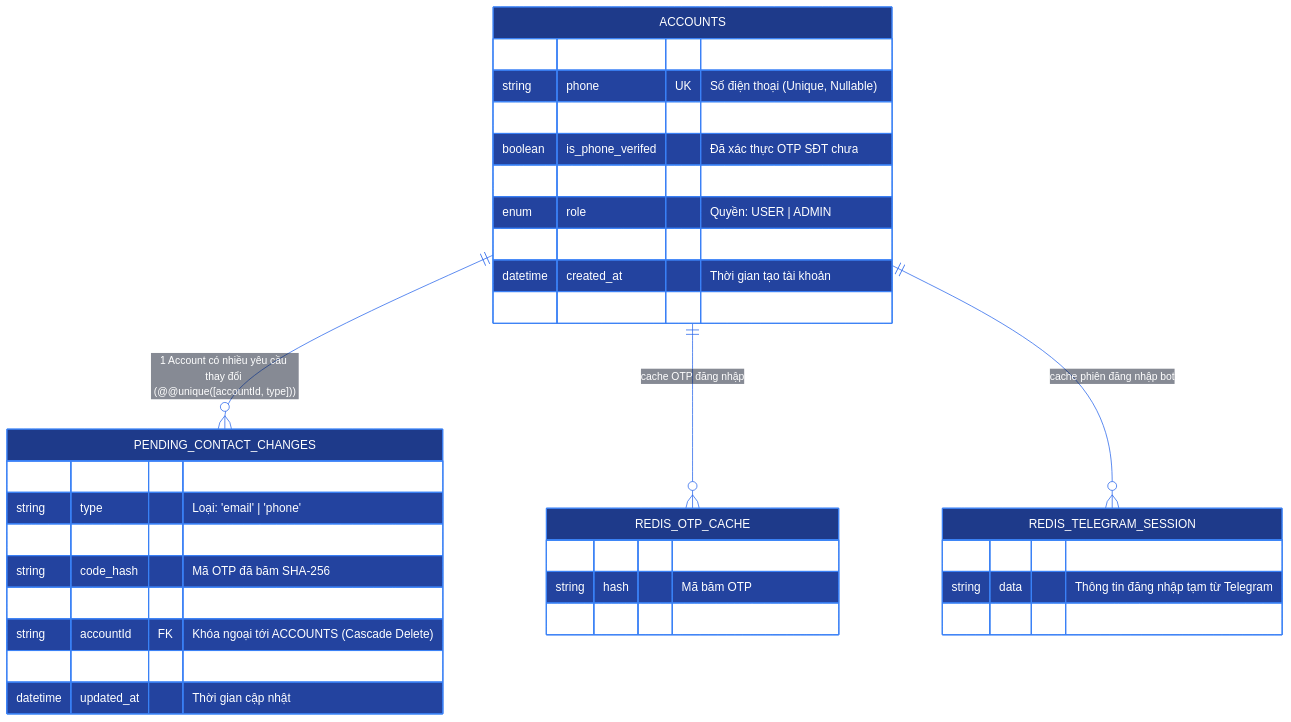
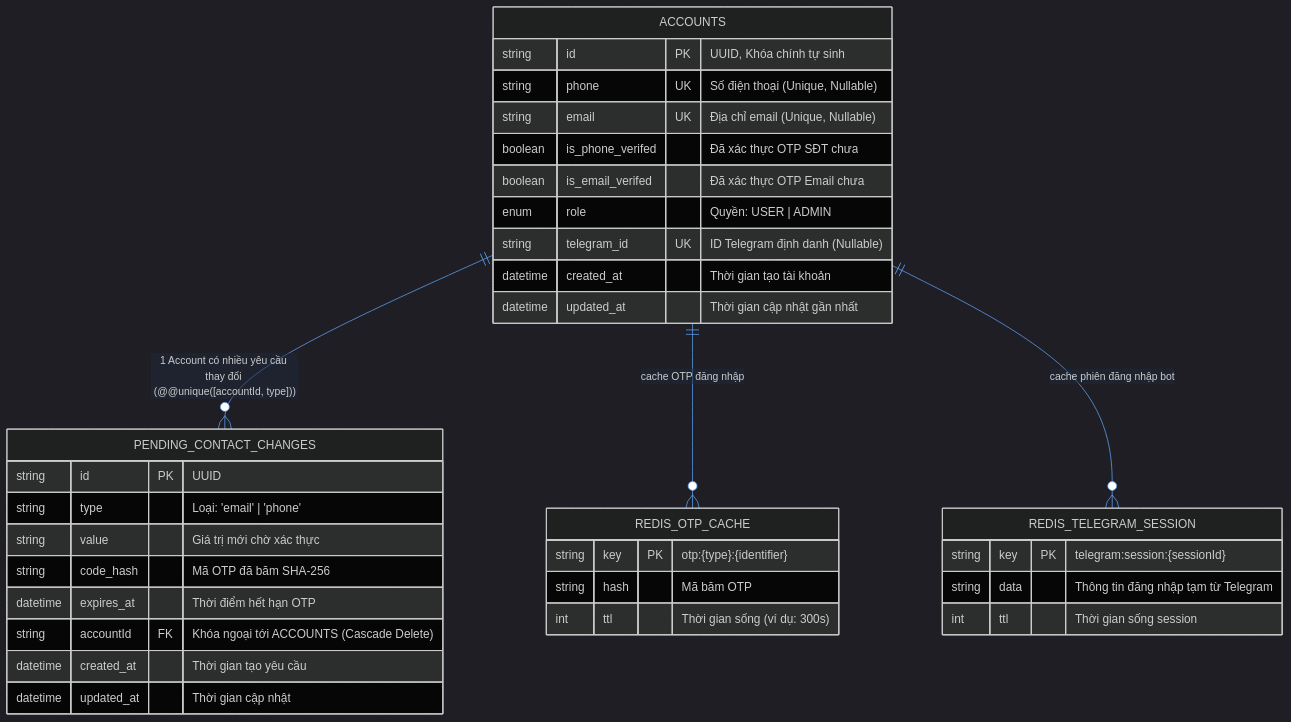
One commit to kan-ckm/tomato_cinema changed the second of 4 diagrams in apps/auth-service/README.md. Above: the diagram before and after it, drawn with Mermaid. The commit also changed other lines of this file and 1 other file, not shown here.

Commit message:
docs: chuyển toàn bộ sơ đồ Mermaid sang theme dark để đảm bảo chữ rõ ràng trên cả Light và Dark mode

````diff
--- a/apps/auth-service/README.md
+++ b/apps/auth-service/README.md
@@ -56,60 +56,57 @@
 ```mermaid
 %%{
   init: {
-    'theme': 'base',
+    'theme': 'dark',
     'themeVariables': {
       'primaryColor': '#1e3a8a',
-      'primaryTextColor': '#ffffff',
-      'primaryBorderColor': '#3b82f6',
-      'lineColor': '#2563eb',
-      'secondaryColor': '#1e293b',
-      'tertiaryColor': '#0f172a',
-      'attributeBackgroundColorOdd': '#1e293b',
-      'attributeBackgroundColorEven': '#0f172a',
-      'attributeTextColor': '#ffffff'
+      'primaryTextColor': '#e2e8f0',
+      'primaryBorderColor': '#60a5fa',
+      'lineColor': '#60a5fa',
+      'secondaryColor': '#0f172a',
+      'tertiaryColor': '#1e293b'
     }
   }
 }%%
 erDiagram
     %% PostgreSQL Entities
     ACCOUNTS {
         string id PK "UUID, Khóa chính tự sinh"
         string phone UK "Số điện thoại (Unique, Nullable)"
         string email UK "Địa chỉ email (Unique, Nullable)"
         boolean is_phone_verifed "Đã xác thực OTP SĐT chưa"
         boolean is_email_verifed "Đã xác thực OTP Email chưa"
         enum role "Quyền: USER | ADMIN"
         string telegram_id UK "ID Telegram định danh (Nullable)"
         datetime created_at "Thời gian tạo tài khoản"
         datetime updated_at "Thời gian cập nhật gần nhất"
     }
 
     PENDING_CONTACT_CHANGES {
         string id PK "UUID"
         string type "Loại: 'email' | 'phone'"
         string value "Giá trị mới chờ xác thực"
         string code_hash "Mã OTP đã băm SHA-256"
         datetime expires_at "Thời điểm hết hạn OTP"
         string accountId FK "Khóa ngoại tới ACCOUNTS (Cascade Delete)"
         datetime created_at "Thời gian tạo yêu cầu"
         datetime updated_at "Thời gian cập nhật"
     }
 
     %% Redis Cache Entities
     REDIS_OTP_CACHE {
         string key PK "otp:{type}:{identifier}"
         string hash "Mã băm OTP"
         int ttl "Thời gian sống (ví dụ: 300s)"
     }
 
     REDIS_TELEGRAM_SESSION {
         string key PK "telegram:session:{sessionId}"
         string data "Thông tin đăng nhập tạm từ Telegram"
         int ttl "Thời gian sống session"
     }
 
     %% Quan hệ
     ACCOUNTS ||--o{ PENDING_CONTACT_CHANGES : "1 Account có nhiều yêu cầu thay đổi (@@unique([accountId, type]))"
     ACCOUNTS ||--o{ REDIS_OTP_CACHE : "cache OTP đăng nhập"
     ACCOUNTS ||--o{ REDIS_TELEGRAM_SESSION : "cache phiên đăng nhập bot"
 ```
````
